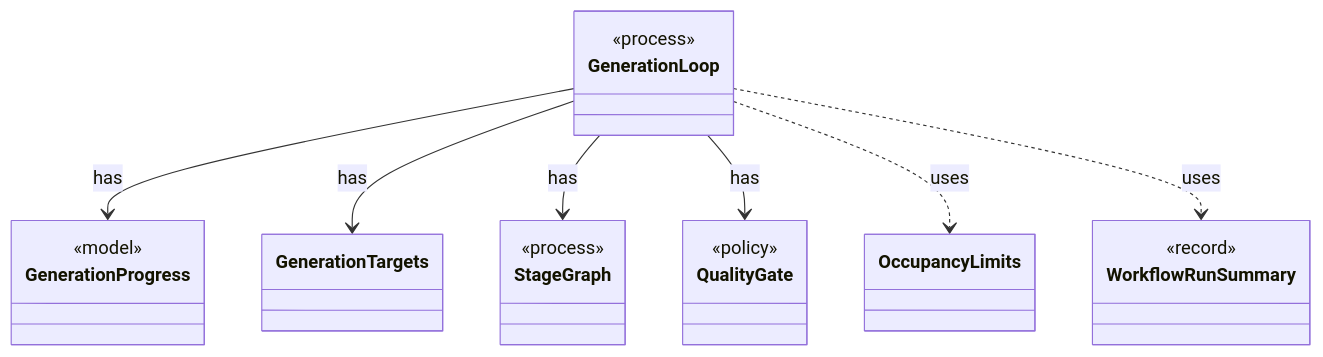
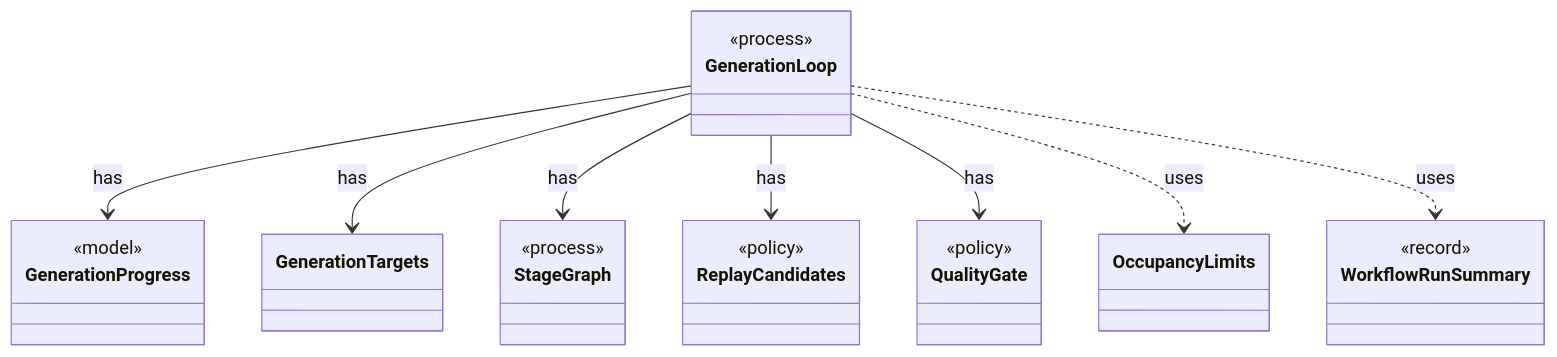
One commit to tlaplus/model-checker-hardening changed the diagram in dev/types/io.github.tlaplus.hardening.workflow.GenerationLoop.md. Above: the diagram before and after it, drawn with Mermaid. The commit also changed other lines of this file and 434 other files, not shown here.

````diff
--- a/dev/types/io.github.tlaplus.hardening.workflow.GenerationLoop.md
+++ b/dev/types/io.github.tlaplus.hardening.workflow.GenerationLoop.md
@@ -9,26 +9,30 @@
 ```mermaid
 classDiagram
   class GenerationLoop {
     <<process>>
   }
   class GenerationProgress {
     <<model>>
   }
   class GenerationTargets
   class StageGraph {
     <<process>>
   }
+  class ReplayCandidates {
+    <<policy>>
+  }
   class QualityGate {
     <<policy>>
   }
   class OccupancyLimits
   class WorkflowRunSummary {
     <<record>>
   }
   GenerationLoop --> GenerationProgress : has
   GenerationLoop --> GenerationTargets : has
   GenerationLoop --> StageGraph : has
+  GenerationLoop --> ReplayCandidates : has
   GenerationLoop --> QualityGate : has
   GenerationLoop ..> OccupancyLimits : uses
   GenerationLoop ..> WorkflowRunSummary : uses
 ```
````
